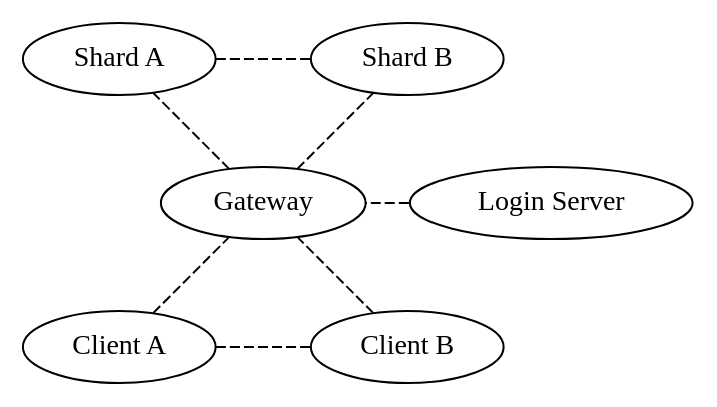
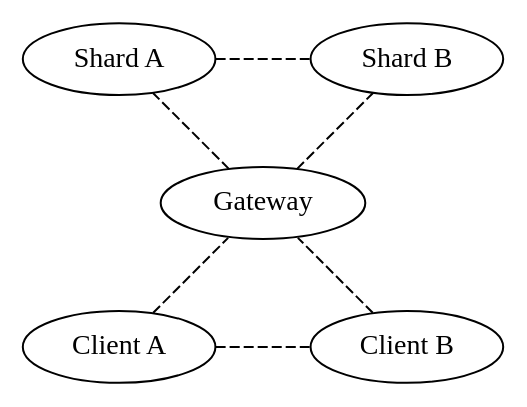
Before and after one commit to CamilaBasualdoCibils/KDNet: the first of 11 diagrams in docs/Communication.md, drawn with Graphviz. The commit also changed other lines of this file and 31 other files, not shown here.

````diff
--- a/docs/Communication.md
+++ b/docs/Communication.md
@@ -26,22 +26,21 @@
 ```dot
 digraph MessageFlow {
     layout=neato;
     rankdir=TB;
     
     Client1 [label="Client A",pos="-1,0!"];
     Client2 [label="Client B",pos="1,0!"];
     Gateway [label="Gateway",pos="0,1!"];
     ShardA [label="Shard A",pos="-1,2!"];
     ShardB [label="Shard B",pos="1,2!"];
-    LoginServer [label="Login Server",pos="2,1!"];
+
 
     Client1 -> Gateway [color="black",style=dashed,dir=none];
     Client2 -> Gateway [color="black",style=dashed,dir=none];
     Gateway -> ShardA [color="black",style=dashed,dir=none];
     Gateway -> ShardB [color="black",style=dashed,dir=none];
     ShardA -> ShardB [color="black",style=dashed,dir=none];
-    LoginServer -> Gateway [color="black",style=dashed,dir=none];
     Client1 -> Client2 [color="black",style=dashed,dir=none];
 }
 
 ```
````
